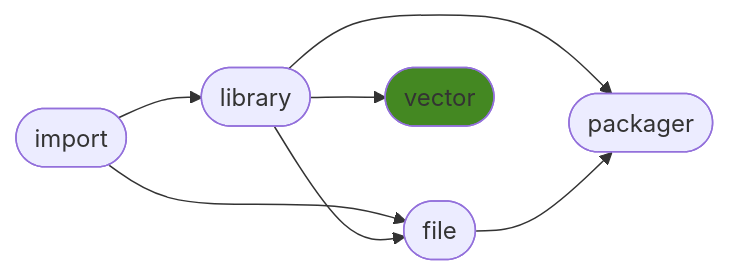
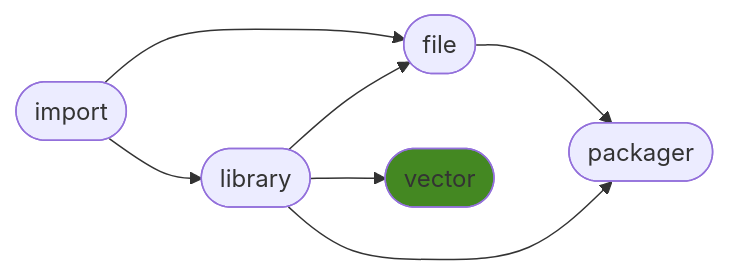
One commit to ManderaGeneral/generalvector changed the diagram in README.md. Above: the diagram before and after it, drawn with Mermaid. The commit also changed other lines of this file, not shown here.

````diff
--- a/README.md
+++ b/README.md
@@ -24,15 +24,15 @@
 ```mermaid
 flowchart LR
-1([library]) --> 4([packager])
+1([library]) --> 3([vector])
 2([file]) --> 4([packager])
 0([import]) --> 2([file])
-1([library]) --> 3([vector])
 0([import]) --> 1([library])
 1([library]) --> 2([file])
+1([library]) --> 4([packager])
 click 0 "https://github.com/ManderaGeneral/generalimport"
 click 1 "https://github.com/ManderaGeneral/generallibrary"
 click 2 "https://github.com/ManderaGeneral/generalfile"
 click 3 "https://github.com/ManderaGeneral/generalvector"
 click 4 "https://github.com/ManderaGeneral/generalpackager"
 style 3 fill:#482
 ```
````
